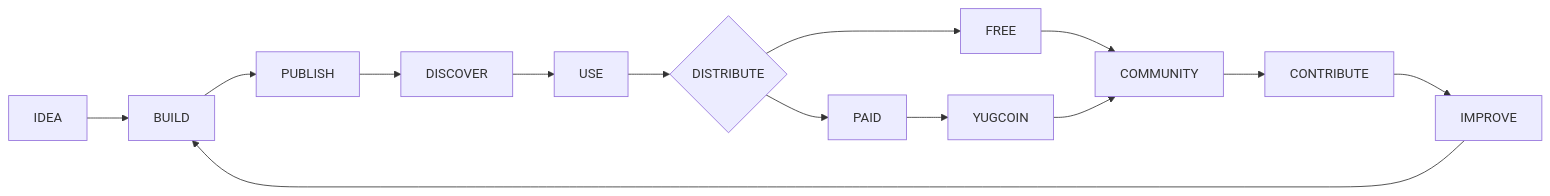
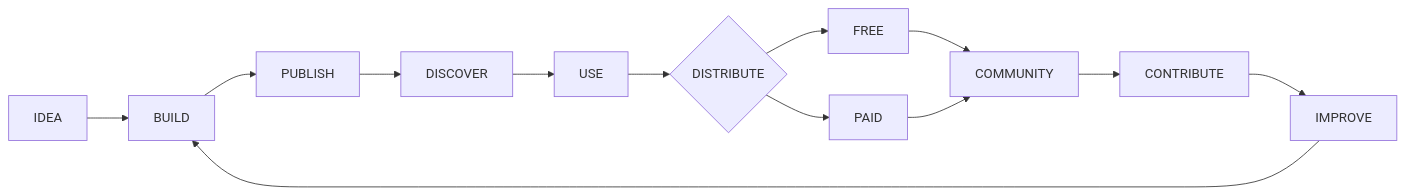
The seventh of 8 diagrams in README.md (drj7zz/kaalyug), drawn with Mermaid before and after one commit. The commit also changed other lines of this file and 40 other files, not shown here.

````diff
--- a/README.md
+++ b/README.md
@@ -558,16 +409,15 @@
 ```mermaid
 flowchart LR
     A[IDEA] --> B[BUILD]
     B --> C[PUBLISH]
     C --> D[DISCOVER]
     D --> E[USE]
     E --> F{DISTRIBUTE}
     F --> G[FREE]
     F --> H[PAID]
-    H --> I[YUGCOIN]
     G --> J[COMMUNITY]
-    I --> J
+    H --> J
     J --> K[CONTRIBUTE]
     K --> L[IMPROVE]
     L --> B
 ```
````
